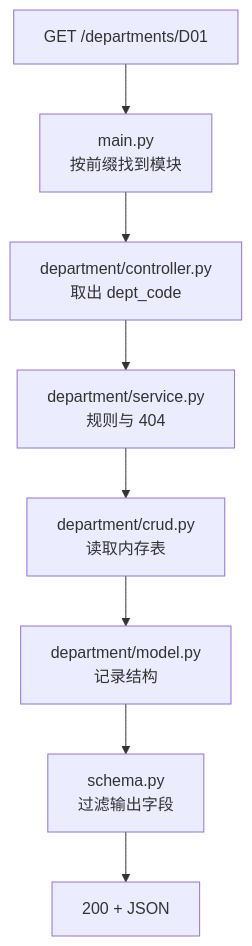
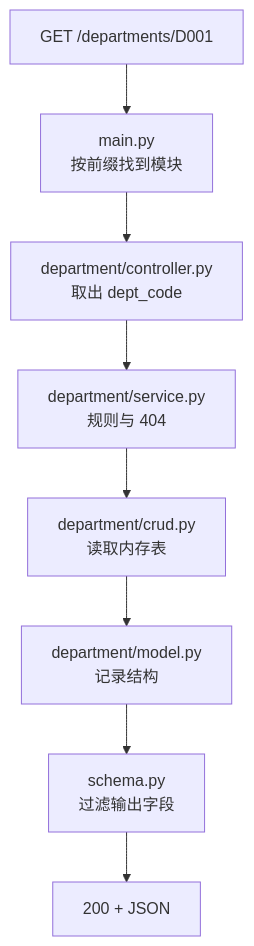
One commit to PrinZzzzjn/software-engineering-textbook changed the first of 2 diagrams in 软件工程实践-2.0/05-项目初始化与版本控制.md. Above: the diagram before and after it, drawn with Mermaid. The commit also changed other lines of this file and 42 other files, not shown here.

````diff
--- a/软件工程实践-2.0/05-项目初始化与版本控制.md
+++ b/软件工程实践-2.0/05-项目初始化与版本控制.md
@@ -108,10 +108,10 @@
 ```mermaid
 flowchart TD
-    A[GET /departments/D01] --> B[main.py<br/>按前缀找到模块]
+    A[GET /departments/D001] --> B[main.py<br/>按前缀找到模块]
     B --> C[department/controller.py<br/>取出 dept_code]
     C --> D[department/service.py<br/>规则与 404]
     D --> E[department/crud.py<br/>读取内存表]
     E --> F[department/model.py<br/>记录结构]
     F --> G[schema.py<br/>过滤输出字段]
     G --> H[200 + JSON]
 ```
````
